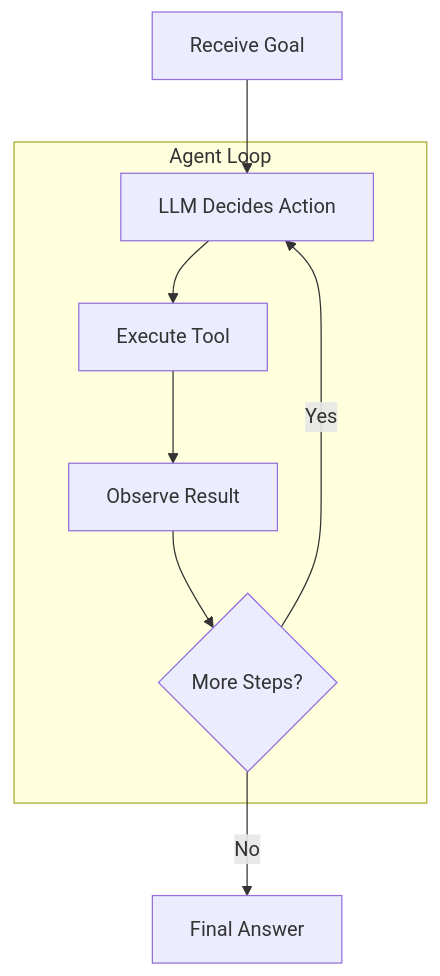
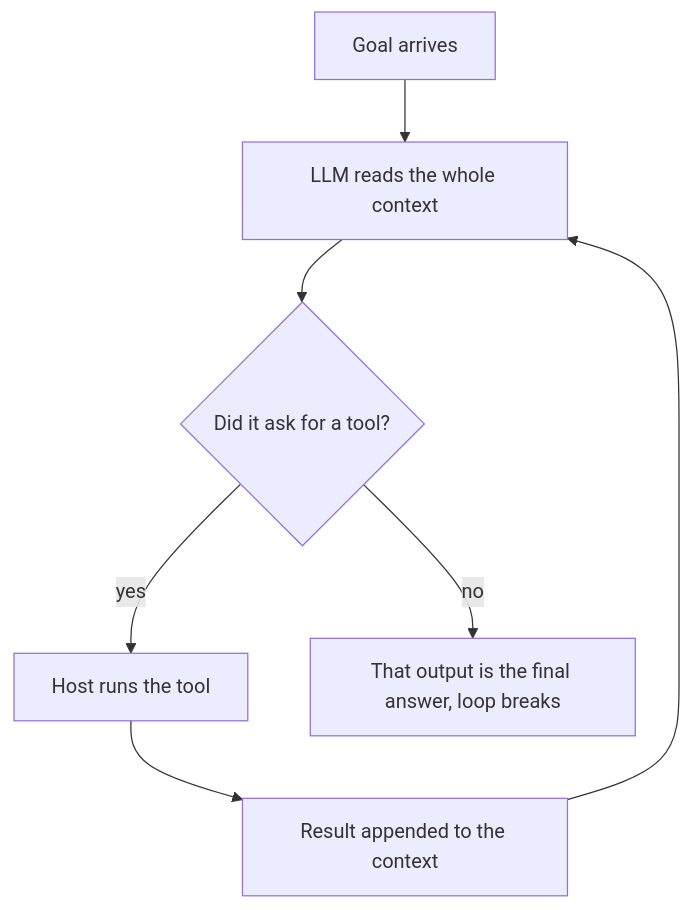
Before and after one commit to lokumai/ai-engineering-bazaar: the first of 2 diagrams in mini-courses/1_fundamentals/6_agents.md, drawn with Mermaid. The commit also changed other lines of this file and 3 other files, not shown here.

````diff
--- a/mini-courses/1_fundamentals/6_agents.md
+++ b/mini-courses/1_fundamentals/6_agents.md
@@ -168,11 +53,9 @@
 ```mermaid
 graph TD
-    A[Receive Goal] --> B[LLM Decides Action]
-    subgraph Agent Loop
-        B --> C[Execute Tool]
-        C --> D[Observe Result]
-        D --> E{More Steps?}
-        E -->|Yes| B
-    end
-    E -->|No| F[Final Answer]
+    A["Goal arrives"] --> B["LLM reads the whole context"]
+    B --> C{"Did it ask for a tool?"}
+    C -->|yes| D["Host runs the tool"]
+    D --> E["Result appended to the context"]
+    E --> B
+    C -->|no| F["That output is the final answer, loop breaks"]
 ```
````
